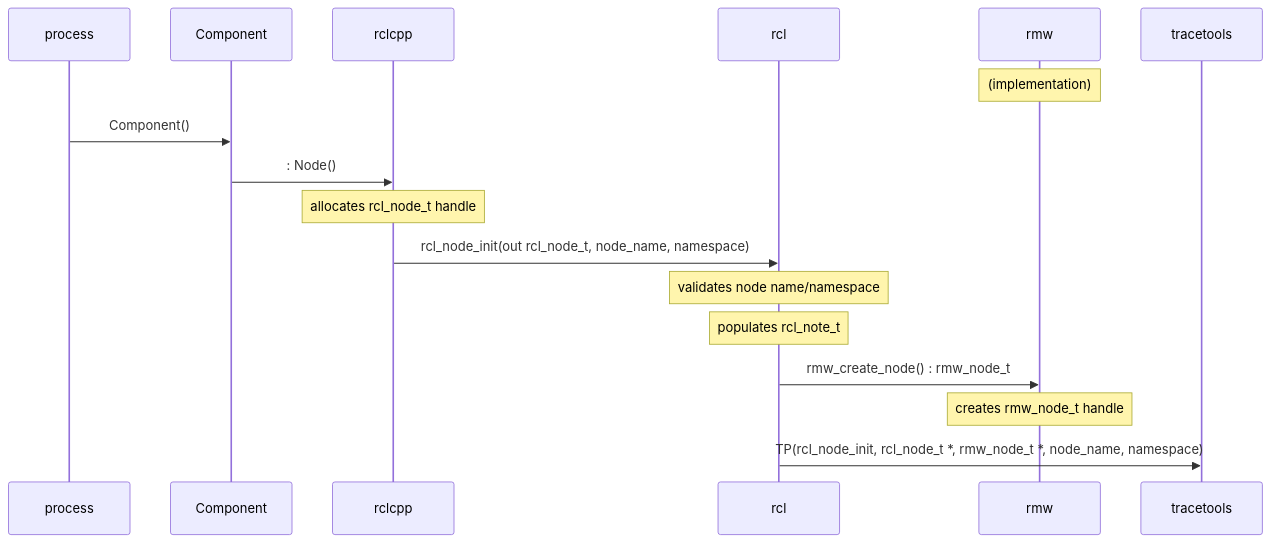
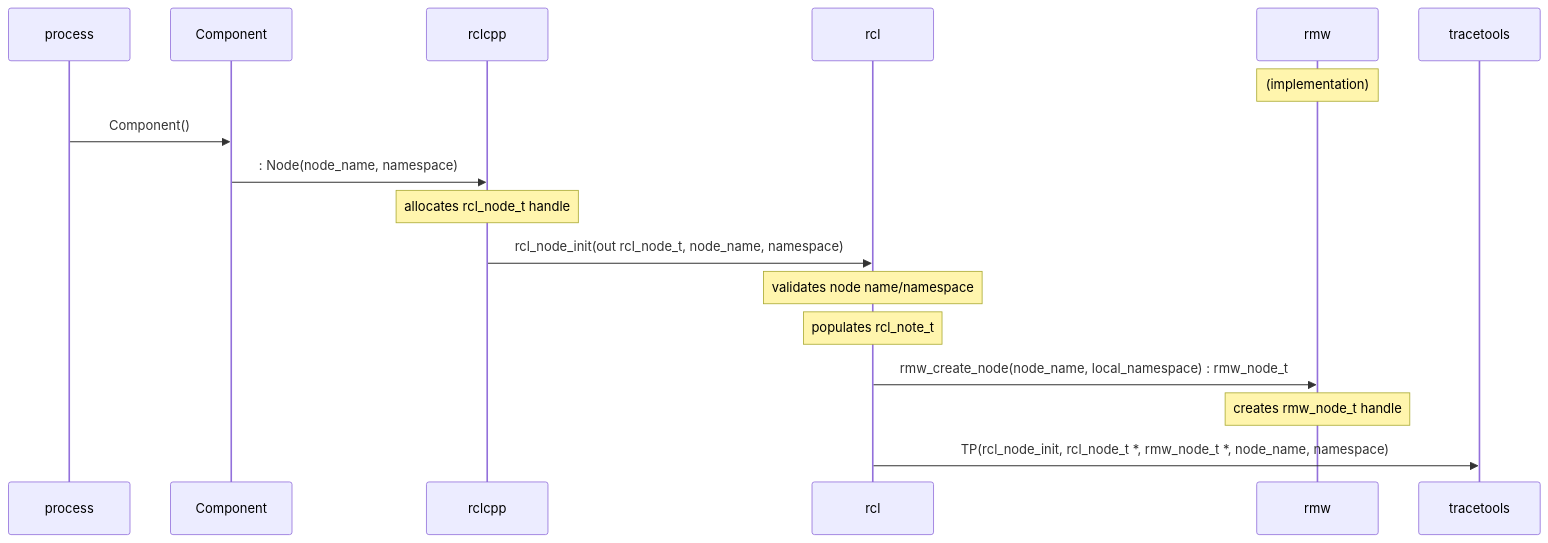
One commit to ros2/ros2_tracing changed the second of 7 diagrams in doc/design_ros_2.md. Above: the diagram before and after it, drawn with Mermaid. The commit also changed other lines of this file, not shown here.

Commit message:
Add more details about rmw

````diff
--- a/doc/design_ros_2.md
+++ b/doc/design_ros_2.md
@@ -46,22 +48,22 @@
 ```mermaid
 sequenceDiagram
     participant process
     participant Component
     participant rclcpp
     participant rcl
     participant rmw
     participant tracetools
 
     Note over rmw: (implementation)
 
     process->>Component: Component()
-    Component->>rclcpp: : Node()
+    Component->>rclcpp: : Node(node_name, namespace)
     Note over rclcpp: allocates rcl_node_t handle
     rclcpp->>rcl: rcl_node_init(out rcl_node_t, node_name, namespace)
     Note over rcl: validates node name/namespace
     Note over rcl: populates rcl_note_t
-    rcl->>rmw: rmw_create_node() : rmw_node_t
+    rcl->>rmw: rmw_create_node(node_name, local_namespace) : rmw_node_t
     Note over rmw: creates rmw_node_t handle
 
     rcl->>tracetools: TP(rcl_node_init, rcl_node_t *, rmw_node_t *, node_name, namespace)
 ```
````
